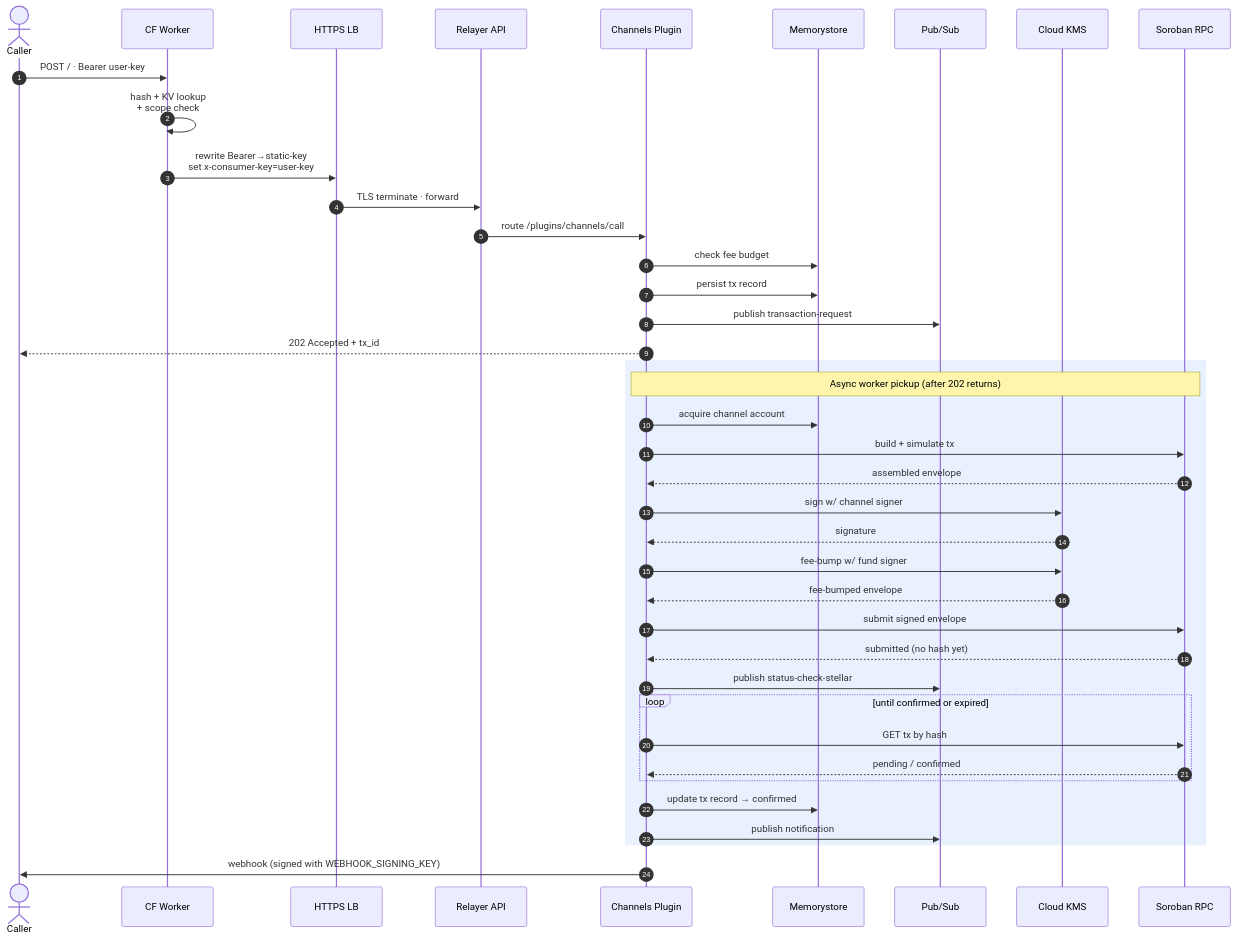
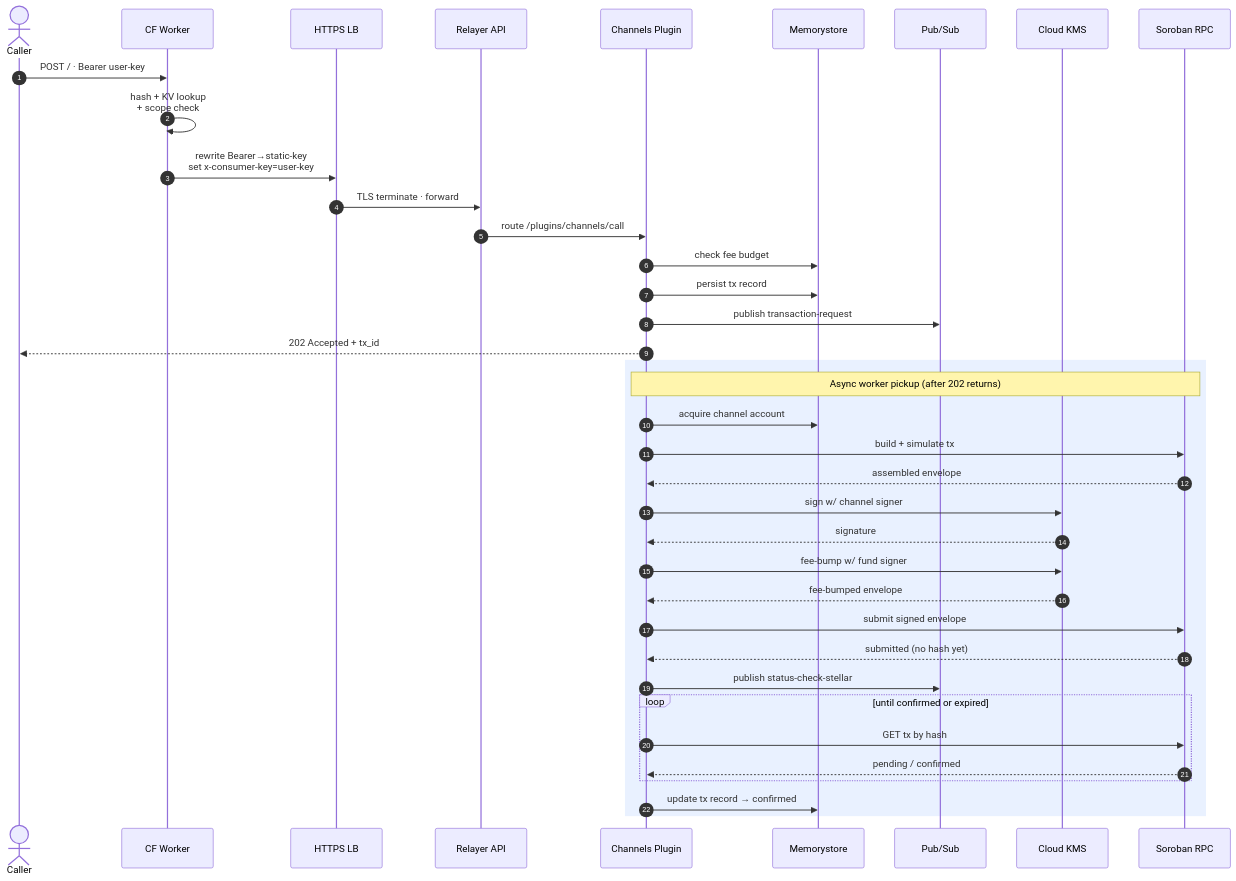
Before and after one commit to OpenZeppelin/relayer-channels-infra: the third of 4 diagrams in modules/gcp/README.md, drawn with Mermaid. The commit also changed other lines of this file and 4 other files, not shown here.

````diff
--- a/modules/gcp/README.md
+++ b/modules/gcp/README.md
@@ -140,47 +140,44 @@
 ```mermaid
 sequenceDiagram
     autonumber
     actor Caller
     participant CF as CF Worker
     participant LB as HTTPS LB
     participant API as Relayer API
     participant Plugin as Channels Plugin
     participant Redis as Memorystore
     participant PS as Pub/Sub
     participant KMS as Cloud KMS
     participant RPC as Soroban RPC
 
     Caller->>CF: POST / · Bearer user-key
     CF->>CF: hash + KV lookup<br/>+ scope check
     CF->>LB: rewrite Bearer→static-key<br/>set x-consumer-key=user-key
     LB->>API: TLS terminate · forward
     API->>Plugin: route /plugins/channels/call
     Plugin->>Redis: check fee budget
     Plugin->>Redis: persist tx record
     Plugin->>PS: publish transaction-request
     Plugin-->>Caller: 202 Accepted + tx_id
 
     rect rgba(200, 220, 255, 0.4)
         Note over Plugin,RPC: Async worker pickup (after 202 returns)
         Plugin->>Redis: acquire channel account
         Plugin->>RPC: build + simulate tx
         RPC-->>Plugin: assembled envelope
         Plugin->>KMS: sign w/ channel signer
         KMS-->>Plugin: signature
         Plugin->>KMS: fee-bump w/ fund signer
         KMS-->>Plugin: fee-bumped envelope
         Plugin->>RPC: submit signed envelope
         RPC-->>Plugin: submitted (no hash yet)
         Plugin->>PS: publish status-check-stellar
 
         loop until confirmed or expired
             Plugin->>RPC: GET tx by hash
             RPC-->>Plugin: pending / confirmed
         end
 
         Plugin->>Redis: update tx record → confirmed
-        Plugin->>PS: publish notification
     end
-
-    Plugin->>Caller: webhook (signed with WEBHOOK_SIGNING_KEY)
 ```
````
